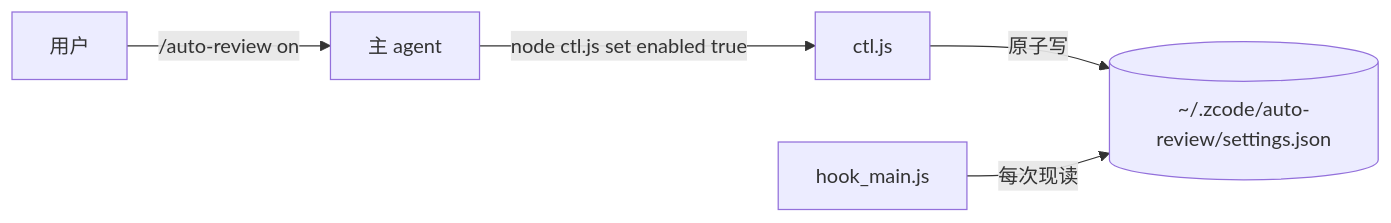
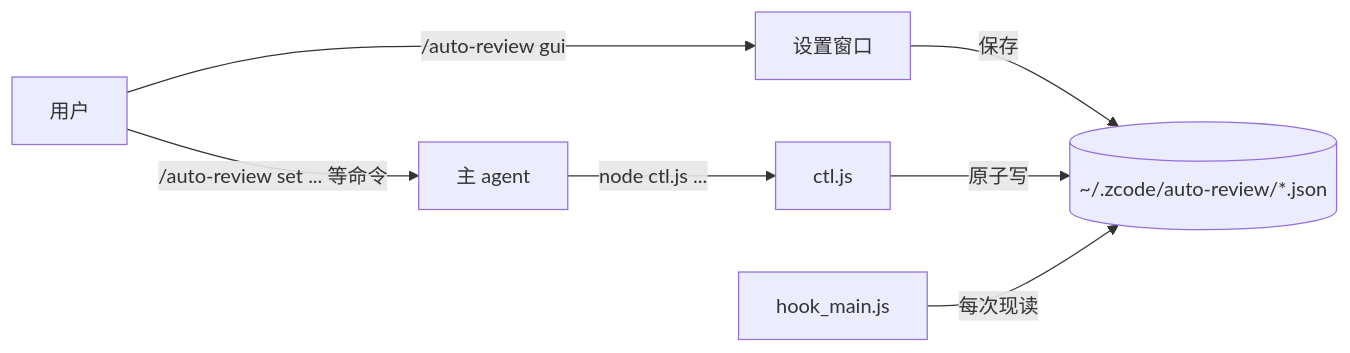
The second of 3 diagrams in docs/project_wiki/02_开发文档/模块运行流程图.md (zrny1/Auto-Review-For-Zcode), drawn with Mermaid before and after one commit. The commit also changed other lines of this file and 18 other files, not shown here.

````diff
--- a/docs/project_wiki/02_开发文档/模块运行流程图.md
+++ b/docs/project_wiki/02_开发文档/模块运行流程图.md
@@ -47,7 +53,9 @@
 ```mermaid
 flowchart LR
-    U[用户] -->|"/auto-review on"| C[主 agent]
-    C -->|"node ctl.js set enabled true"| S[ctl.js]
-    S -->|原子写| D[(~/.zcode/auto-review/settings.json)]
+    U[用户] -->|"/auto-review gui"| W[设置窗口]
+    U -->|"/auto-review set ... 等命令"| C[主 agent]
+    W -->|保存| D[(~/.zcode/auto-review/*.json)]
+    C -->|"node ctl.js ..."| S[ctl.js]
+    S -->|原子写| D
     H[hook_main.js] -->|每次现读| D
 ```
````
